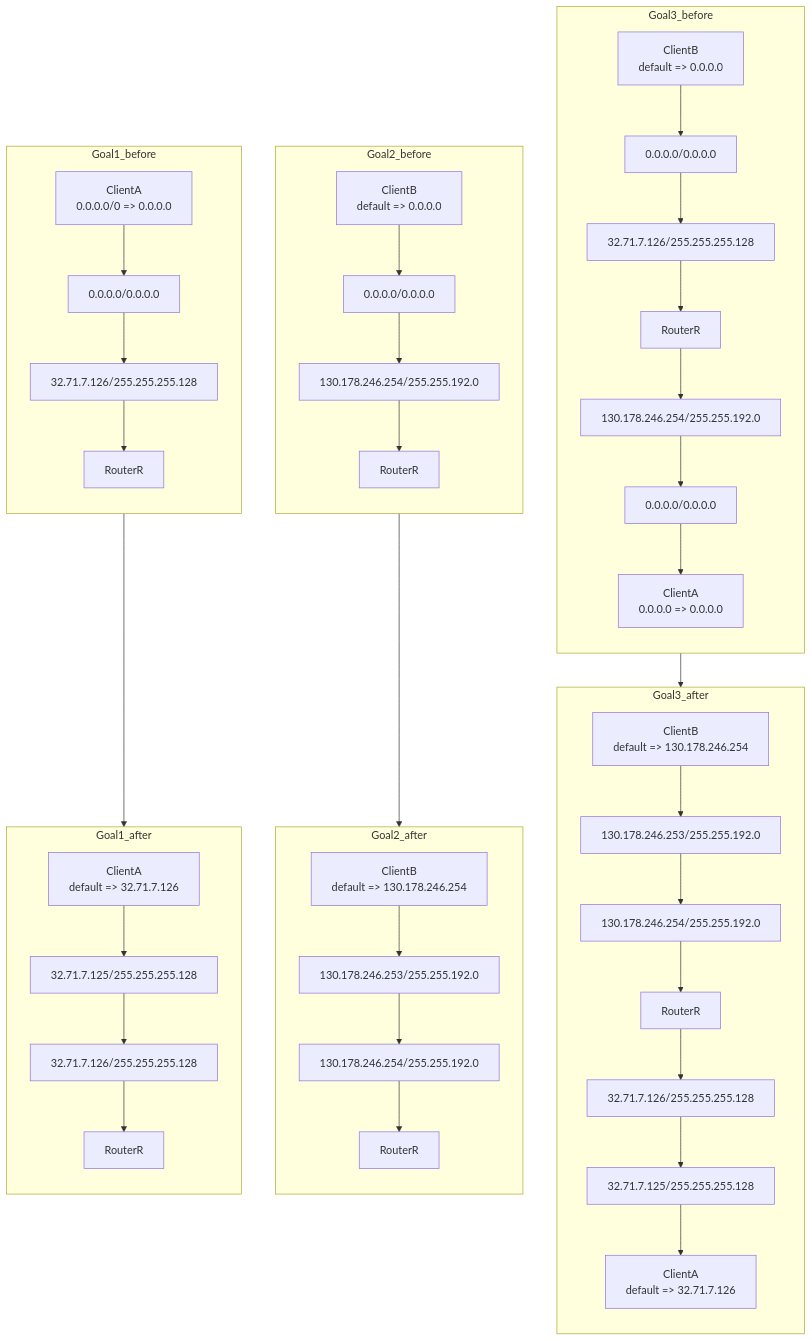
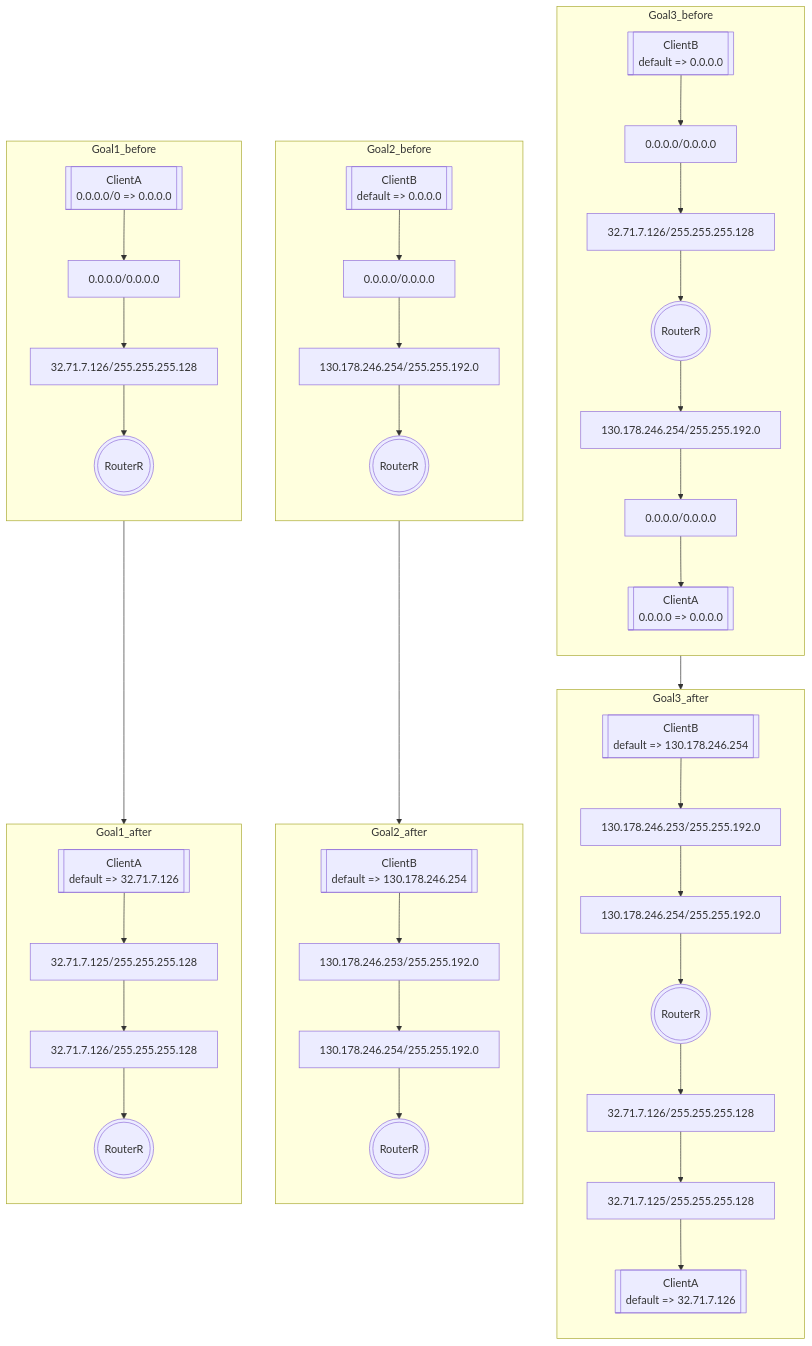
Before and after one commit to rikeda-cloud/net_practice: the second of 2 diagrams in level5.md, drawn with Mermaid. The commit also changed other lines of this file and 6 other files, not shown here.

````diff
--- a/level5.md
+++ b/level5.md
@@ -37,67 +37,67 @@
 ```mermaid
 flowchart
 Goal3_before-->Goal3_after
 subgraph Goal3_before
     direction TB
-    G3_BE_RR[RouterR]
-    G3_BE_CL_A[ClientA<br>0.0.0.0 => 0.0.0.0]
-    G3_BE_CL_B[ClientB<br>default => 0.0.0.0]
+    G3_BE_RR(((RouterR)))
+    G3_BE_CL_A[[ClientA<br>0.0.0.0 => 0.0.0.0]]
+    G3_BE_CL_B[[ClientB<br>default => 0.0.0.0]]
     G3_BE_IF_A[0.0.0.0/0.0.0.0]
     G3_BE_IF_B[0.0.0.0/0.0.0.0]
     G3_BE_IF_R1[130.178.246.254/255.255.192.0]
     G3_BE_IF_R2[32.71.7.126/255.255.255.128]
     G3_BE_CL_B-->G3_BE_IF_B-->G3_BE_IF_R2-->G3_BE_RR-->G3_BE_IF_R1-->G3_BE_IF_A-->G3_BE_CL_A
 end
 
 subgraph Goal3_after
     direction TB
-    G3_AF_RR[RouterR]
-    G3_AF_CL_A[ClientA<br>default => 32.71.7.126]
-    G3_AF_CL_B[ClientB<br>default => 130.178.246.254]
+    G3_AF_RR(((RouterR)))
+    G3_AF_CL_A[[ClientA<br>default => 32.71.7.126]]
+    G3_AF_CL_B[[ClientB<br>default => 130.178.246.254]]
     G3_AF_IF_A[32.71.7.125/255.255.255.128]
     G3_AF_IF_B[130.178.246.253/255.255.192.0]
     G3_AF_IF_R1[32.71.7.126/255.255.255.128]
     G3_AF_IF_R2[130.178.246.254/255.255.192.0]
     G3_AF_CL_B-->G3_AF_IF_B-->G3_AF_IF_R2-->G3_AF_RR-->G3_AF_IF_R1-->G3_AF_IF_A-->G3_AF_CL_A
 end
 
 
 Goal2_before-->Goal2_after
 subgraph Goal2_before
     direction TB
-    G2_BE_CL_B[ClientB<br>default => 0.0.0.0]
-    G2_BE_RR[RouterR]
+    G2_BE_CL_B[[ClientB<br>default => 0.0.0.0]]
+    G2_BE_RR(((RouterR)))
     G2_BE_IF_B[0.0.0.0/0.0.0.0]
     G2_BE_IF_R2[130.178.246.254/255.255.192.0]
     G2_BE_CL_B-->G2_BE_IF_B-->G2_BE_IF_R2-->G2_BE_RR
 end
 
 subgraph Goal2_after
     direction TB
-    G2_AF_CL_B[ClientB<br>default => 130.178.246.254]
-    G2_AF_RR[RouterR]
+    G2_AF_CL_B[[ClientB<br>default => 130.178.246.254]]
+    G2_AF_RR(((RouterR)))
     G2_AF_IF_B[130.178.246.253/255.255.192.0]
     G2_AF_IF_R2[130.178.246.254/255.255.192.0]
     G2_AF_CL_B-->G2_AF_IF_B-->G2_AF_IF_R2-->G2_AF_RR
 end
 
 
 Goal1_before-->Goal1_after
 subgraph Goal1_before
     direction TB
-    G1_BE_CL_A[ClientA<br>0.0.0.0/0 => 0.0.0.0]
-    G1_BE_RR[RouterR]
+    G1_BE_CL_A[[ClientA<br>0.0.0.0/0 => 0.0.0.0]]
+    G1_BE_RR(((RouterR)))
     G1_BE_IF_A[0.0.0.0/0.0.0.0]
     G1_BE_IF_R1[32.71.7.126/255.255.255.128]
     G1_BE_CL_A-->G1_BE_IF_A-->G1_BE_IF_R1-->G1_BE_RR
 end
 
 subgraph Goal1_after
     direction TB
-    G1_AF_CL_A[ClientA<br>default => 32.71.7.126]
-    G1_AF_RR[RouterR]
+    G1_AF_CL_A[[ClientA<br>default => 32.71.7.126]]
+    G1_AF_RR(((RouterR)))
     G1_AF_IF_A[32.71.7.125/255.255.255.128]
     G1_AF_IF_R1[32.71.7.126/255.255.255.128]
     G1_AF_CL_A-->G1_AF_IF_A-->G1_AF_IF_R1-->G1_AF_RR
 end
 ```
````
